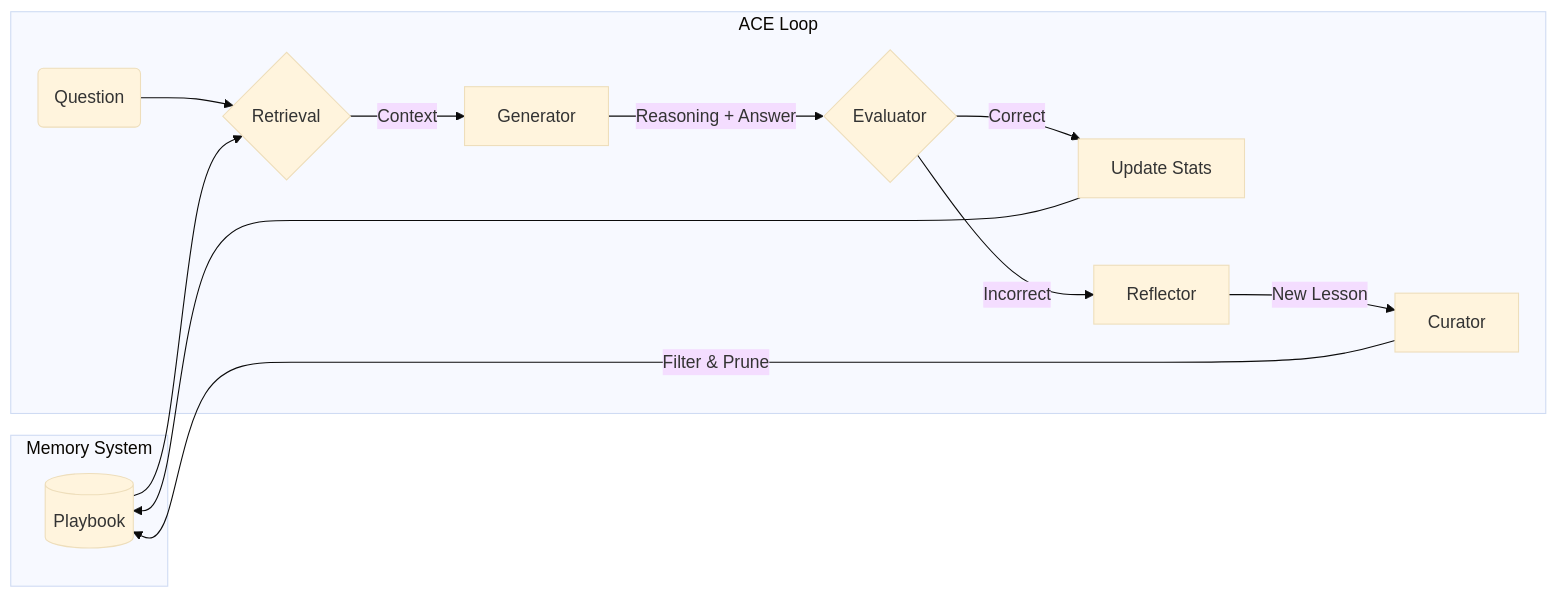
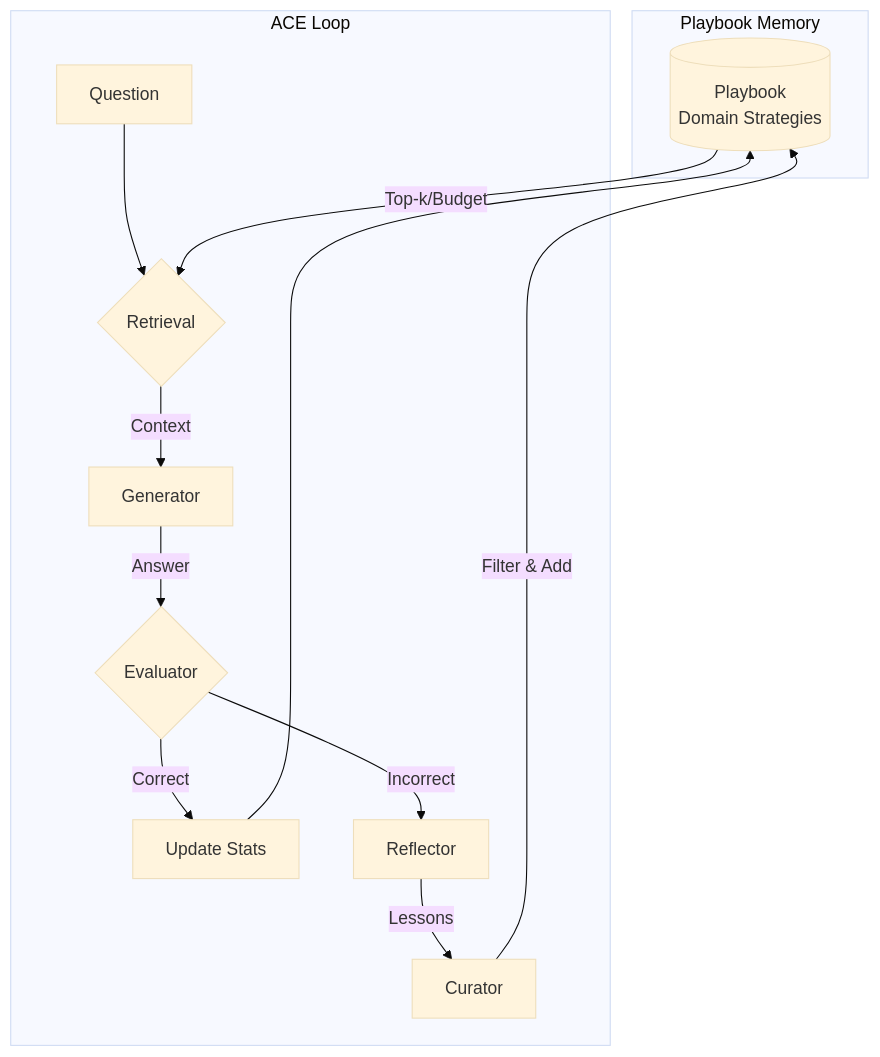
Before and after one commit to SirAlchemist1/edge-slm-ace: the diagram in README.md, drawn with Mermaid (base theme). The commit also changed other lines of this file and 63 other files, not shown here.

`````diff
--- a/README.md
+++ b/README.md
@@ -26,20 +61,18 @@
 ```mermaid
-flowchart LR
-    subgraph Memory System
-    P[(Playbook)]
+flowchart TB
+    subgraph Memory["Playbook Memory"]
+        P[(Playbook<br/>Domain Strategies)]
     end
-
-    subgraph ACE Loop
-    Q(Question) --> Ret{Retrieval}
-    P --> Ret
-    Ret -->|Context| G[Generator]
-    G -->|Reasoning + Answer| Eval{Evaluator}
     
-    Eval -->|Correct| Update[Update Stats]
-    Eval -->|Incorrect| Ref[Reflector]
-    
-    Ref -->|New Lesson| Cur[Curator]
-    Cur -->|Filter & Prune| P
-    Update --> P
+    subgraph ACE["ACE Loop"]
+        Q[Question] --> Ret{Retrieval}
+        P -->|Top-k/Budget| Ret
+        Ret -->|Context| G[Generator]
+        G -->|Answer| Eval{Evaluator}
+        Eval -->|Correct| Update[Update Stats]
+        Eval -->|Incorrect| Ref[Reflector]
+        Ref -->|Lessons| Cur[Curator]
+        Cur -->|Filter & Add| P
+        Update --> P
     end
-````
+```
`````
